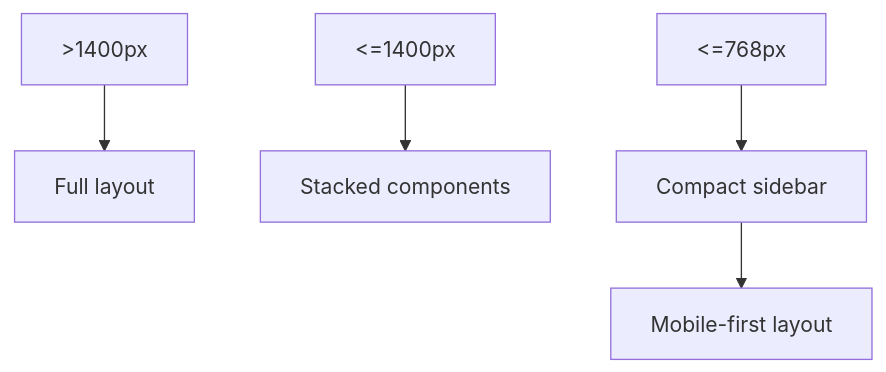
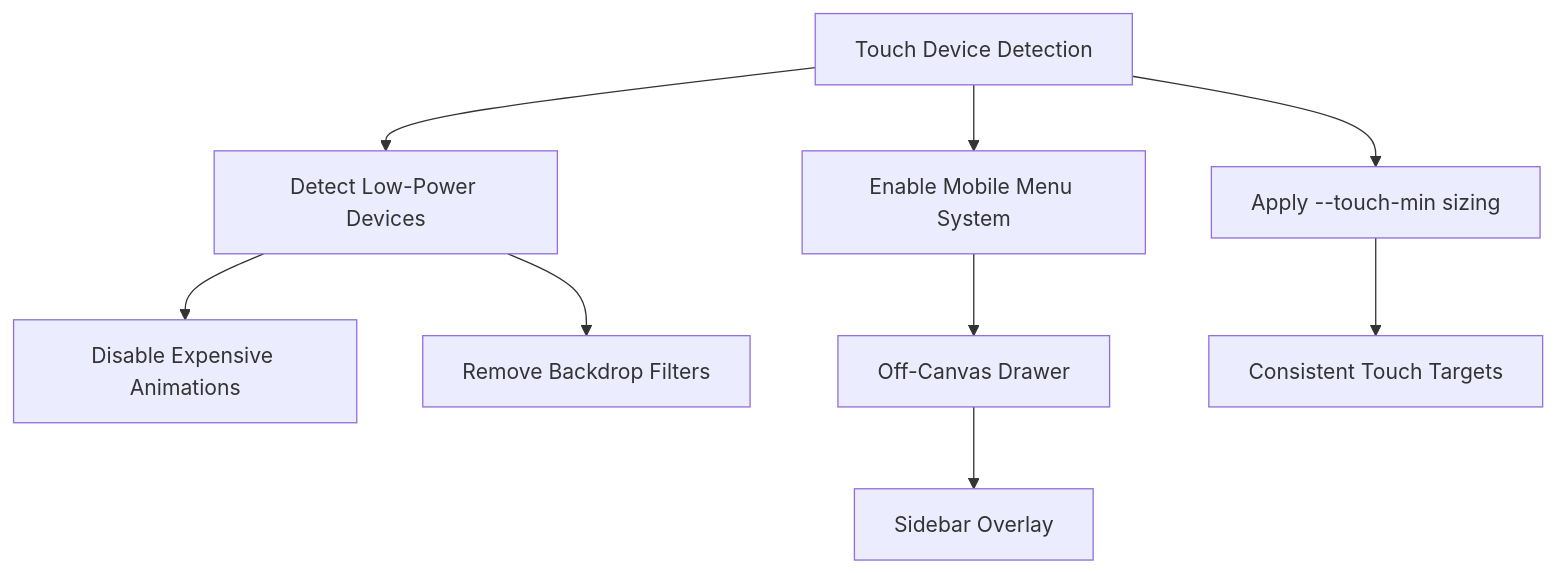
Before and after one commit to MohandWaleed3/PentexOne: the tenth of 16 diagrams in .qoder/repowiki/en/content/System Architecture/Frontend Architecture.md, drawn with Mermaid. The commit also changed other lines of this file and 17 other files, not shown here.

````diff
--- a/.qoder/repowiki/en/content/System Architecture/Frontend Architecture.md
+++ b/.qoder/repowiki/en/content/System Architecture/Frontend Architecture.md
@@ -392,7 +434,11 @@
 ```mermaid
 flowchart TD
-Desktop[">1400px"] --> FullLayout["Full layout"]
-Tablet["<=1400px"] --> StackLayout["Stacked components"]
-Mobile["<=768px"] --> CompactSidebar["Compact sidebar"]
-CompactSidebar --> MobileLayout["Mobile-first layout"]
+TouchDetection["Touch Device Detection"] --> TouchTargets["Apply --touch-min sizing"]
+TouchDetection --> MobileMenu["Enable Mobile Menu System"]
+TouchDetection --> LightweightMode["Detect Low-Power Devices"]
+LightweightMode --> DisableAnimations["Disable Expensive Animations"]
+LightweightMode --> ReduceEffects["Remove Backdrop Filters"]
+MobileMenu --> OffCanvas["Off-Canvas Drawer"]
+OffCanvas --> Overlay["Sidebar Overlay"]
+TouchTargets --> ConsistentSizes["Consistent Touch Targets"]
 ```
````
